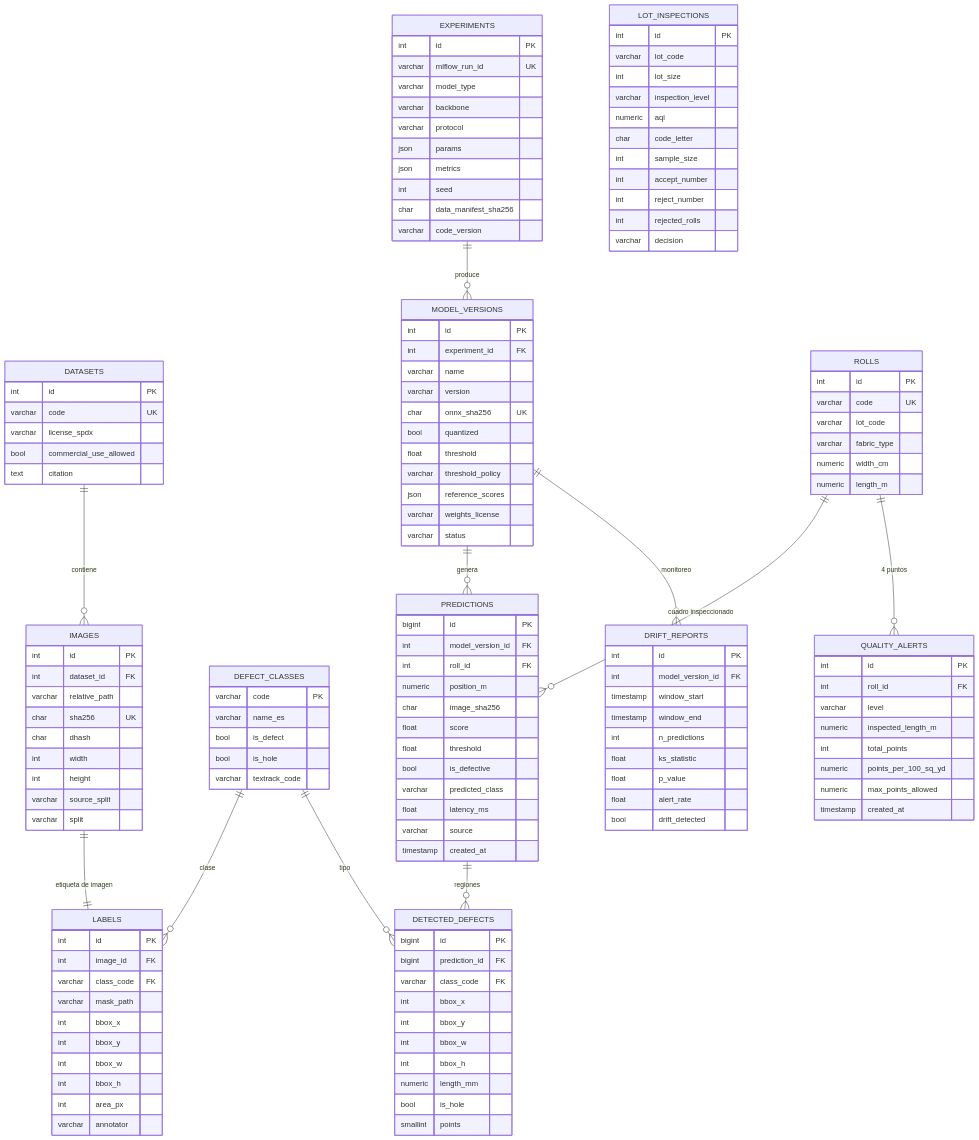
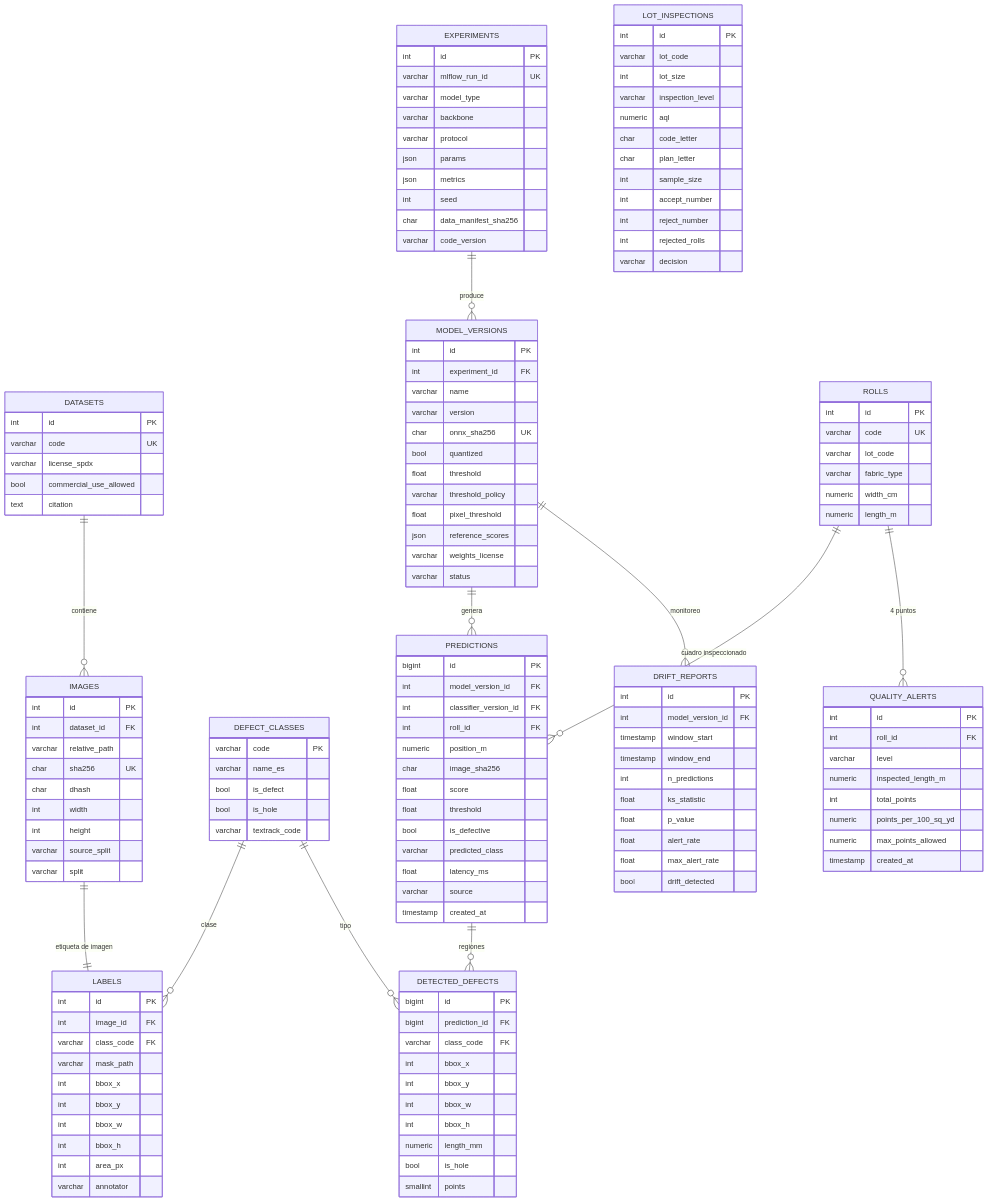
The diagram in docs/modelo-datos.md (DiegoFranciscoG/vision-defectos-tela), drawn with Mermaid before and after one commit. The commit also changed other lines of this file, not shown here.

Commit message:
docs: align data model with drift rule, pixel threshold and model references

````diff
--- a/docs/modelo-datos.md
+++ b/docs/modelo-datos.md
@@ -75,6 +75,7 @@
     bool quantized
     float threshold
     varchar threshold_policy
+    float pixel_threshold
     json reference_scores
     varchar weights_license
     varchar status
@@ -90,6 +91,7 @@
   PREDICTIONS {
     bigint id PK
     int model_version_id FK
+    int classifier_version_id FK
     int roll_id FK
     numeric position_m
     char image_sha256
@@ -130,6 +132,7 @@
     varchar inspection_level
     numeric aql
     char code_letter
+    char plan_letter
     int sample_size
     int accept_number
     int reject_number
@@ -145,6 +148,7 @@
     float ks_statistic
     float p_value
     float alert_rate
+    float max_alert_rate
     bool drift_detected
   }
 ```
````
